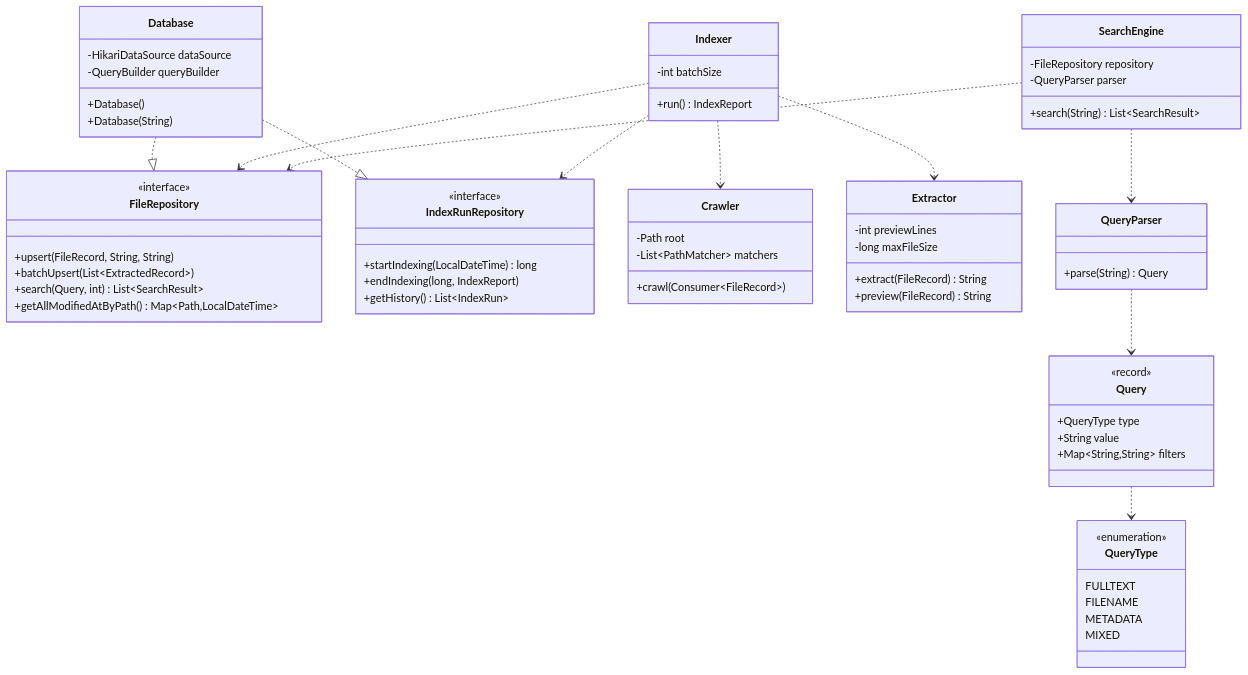
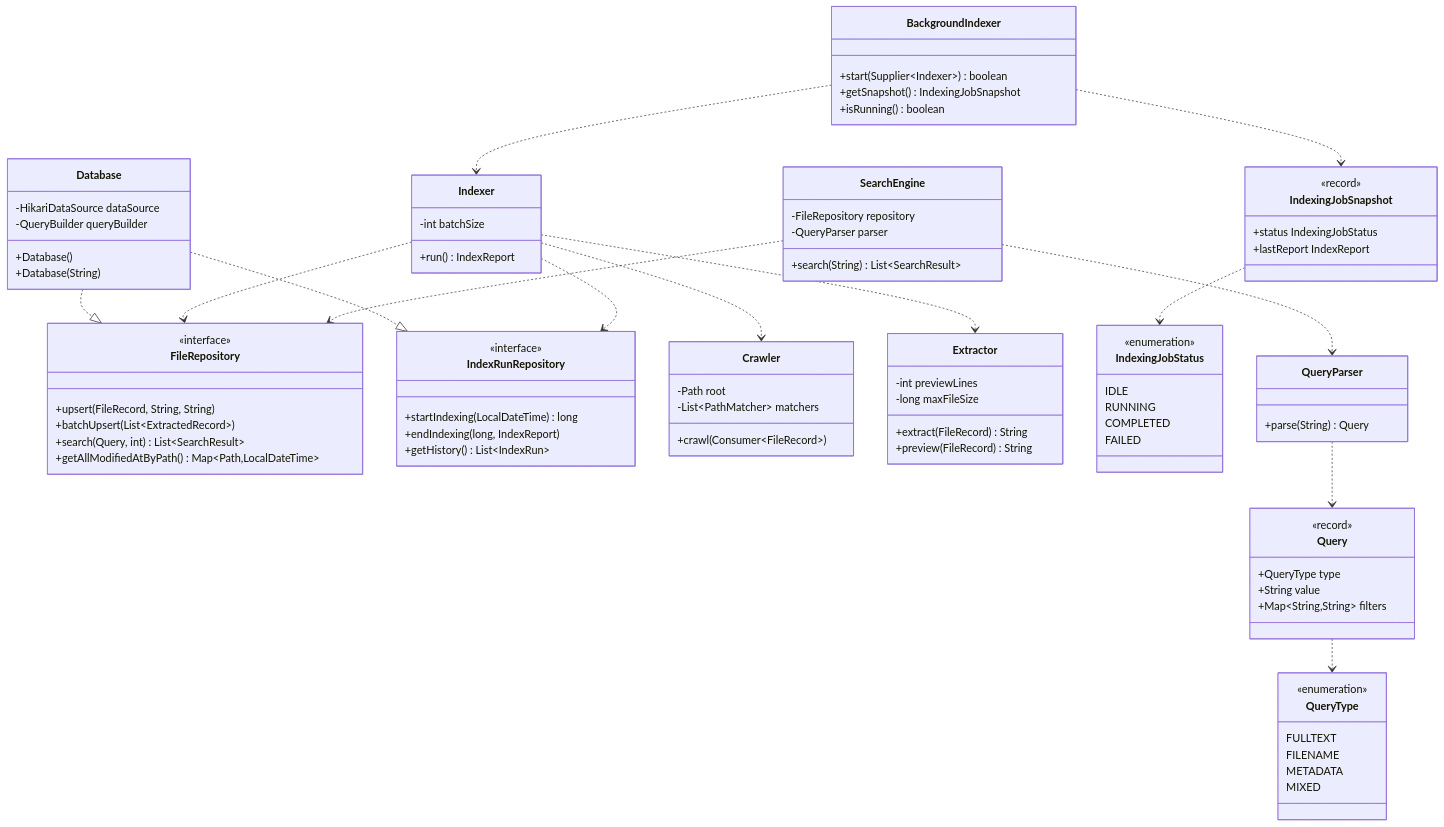
Before and after one commit to ralu2004/Local-File-Search-System: the fourth of 4 diagrams in ARCHITECTURE.md, drawn with Mermaid. The commit also changed other lines of this file, not shown here.

Commit message:
docs(architecture): document background indexing job orchestration in indexer.job

```diff
--- a/ARCHITECTURE.md
+++ b/ARCHITECTURE.md
@@ -142,6 +145,26 @@
         +run() IndexReport
     }
 
+    class BackgroundIndexer {
+        +start(Supplier~Indexer~) boolean
+        +getSnapshot() IndexingJobSnapshot
+        +isRunning() boolean
+    }
+
+    class IndexingJobSnapshot {
+        <<record>>
+        +status IndexingJobStatus
+        +lastReport IndexReport
+    }
+
+    class IndexingJobStatus {
+        <<enumeration>>
+        IDLE
+        RUNNING
+        COMPLETED
+        FAILED
+    }
+
     class SearchEngine {
         -FileRepository repository
         -QueryParser parser
@@ -173,6 +196,9 @@
     Indexer ..> IndexRunRepository
     Indexer ..> Crawler
     Indexer ..> Extractor
+    BackgroundIndexer ..> Indexer
+    BackgroundIndexer ..> IndexingJobSnapshot
+    IndexingJobSnapshot ..> IndexingJobStatus
     SearchEngine ..> FileRepository
     SearchEngine ..> QueryParser
     QueryParser ..> Query
```
